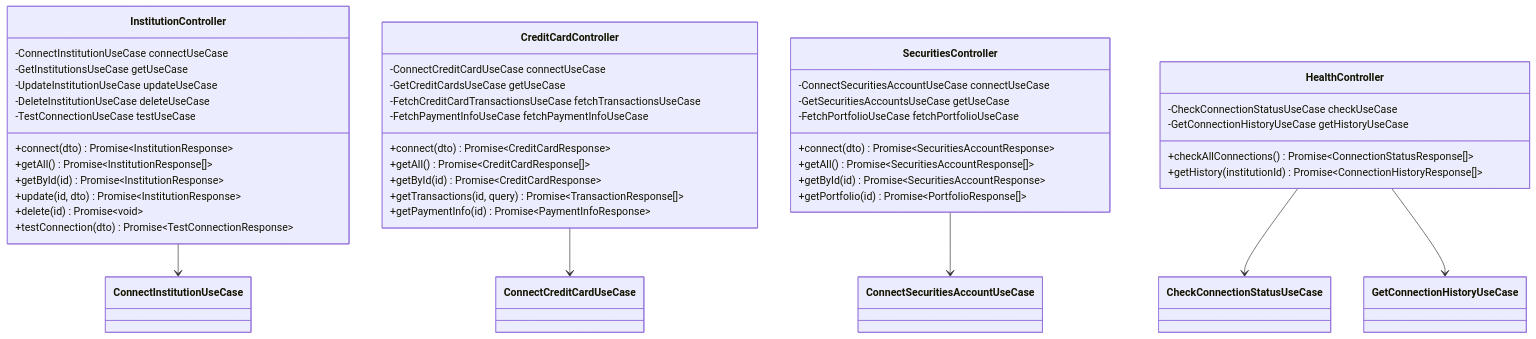
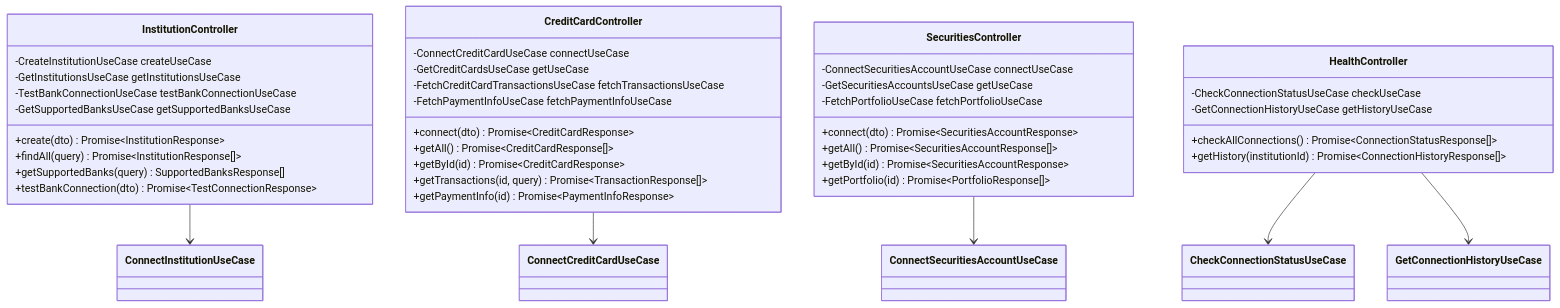
The eighth of 13 diagrams in docs/detailed-design/FR-001-005_institution-integration/class-diagrams.md (kencom2400/account-book), drawn with Mermaid before and after one commit. The commit also changed 2 other files, not shown here.

Commit message:
docs: Geminiレビュー第4弾の指摘を反映
【ドキュメントと実装の整合性確保 + 設計課題のIssue化】

## ドキュメント修正（3件）

1. batch-processing.md: 削除対象の抽出説明を修正
   - 「30日以前でユーザー確認済みまたは却下」→正確な期間を記載
   - ユーザー確認済み・アーカイブ: 30日
   - 却下: 7日

2. class-diagrams.md: InstitutionControllerを実装に合わせて修正
   - 未実装のメソッド（getById, update, delete）を削除
   - 実装済みのメソッド（create, findAll, getSupportedBanks, testBankConnection）に修正
   - 実装コード確認済み

3. sequence-diagrams.md: 利用明細取得期間を実装に合わせて修正
   - ドキュメント: 過去3ヶ月 → 実装: 過去6ヶ月
   - connect-credit-card.use-case.ts (line 119) で確認
   - ドキュメントを実装（6ヶ月）に統一

## Issue作成（2件 - 設計・実装の改善が必要）

4. Issue #214: エラーレスポンスdetailsフィールドの形式統一
   - system-architecture.md: 配列形式
   - input-output-design.md: 単一オブジェクト
   - → 配列形式に統一する必要あり（実装修正が必要）

5. Issue #215: NotificationServiceの呼び出し責務をApplication層に移動
   - 現状: Presentation層→NotificationService（Onion Architecture違反）
   - 推奨: イベント駆動アーキテクチャで疎結合化
   - → アーキテクチャ改善が必要（実装修正が必要）

````diff
--- a/docs/detailed-design/FR-001-005_institution-integration/class-diagrams.md
+++ b/docs/detailed-design/FR-001-005_institution-integration/class-diagrams.md
@@ -479,51 +479,48 @@
 ```mermaid
 classDiagram
     class InstitutionController {
-        -ConnectInstitutionUseCase connectUseCase
-        -GetInstitutionsUseCase getUseCase
-        -UpdateInstitutionUseCase updateUseCase
-        -DeleteInstitutionUseCase deleteUseCase
-        -TestConnectionUseCase testUseCase
-        +connect(dto) Promise~InstitutionResponse~
-        +getAll() Promise~InstitutionResponse[]~
-        +getById(id) Promise~InstitutionResponse~
-        +update(id, dto) Promise~InstitutionResponse~
-        +delete(id) Promise~void~
-        +testConnection(dto) Promise~TestConnectionResponse~
+        -CreateInstitutionUseCase createUseCase
+        -GetInstitutionsUseCase getInstitutionsUseCase
+        -TestBankConnectionUseCase testBankConnectionUseCase
+        -GetSupportedBanksUseCase getSupportedBanksUseCase
+        +create(dto) Promise~InstitutionResponse~
+        +findAll(query) Promise~InstitutionResponse[]~
+        +getSupportedBanks(query) SupportedBanksResponse[]
+        +testBankConnection(dto) Promise~TestConnectionResponse~
     }
 
     class CreditCardController {
         -ConnectCreditCardUseCase connectUseCase
         -GetCreditCardsUseCase getUseCase
         -FetchCreditCardTransactionsUseCase fetchTransactionsUseCase
         -FetchPaymentInfoUseCase fetchPaymentInfoUseCase
         +connect(dto) Promise~CreditCardResponse~
         +getAll() Promise~CreditCardResponse[]~
         +getById(id) Promise~CreditCardResponse~
         +getTransactions(id, query) Promise~TransactionResponse[]~
         +getPaymentInfo(id) Promise~PaymentInfoResponse~
     }
 
     class SecuritiesController {
         -ConnectSecuritiesAccountUseCase connectUseCase
         -GetSecuritiesAccountsUseCase getUseCase
         -FetchPortfolioUseCase fetchPortfolioUseCase
         +connect(dto) Promise~SecuritiesAccountResponse~
         +getAll() Promise~SecuritiesAccountResponse[]~
         +getById(id) Promise~SecuritiesAccountResponse~
         +getPortfolio(id) Promise~PortfolioResponse[]~
     }
 
     class HealthController {
         -CheckConnectionStatusUseCase checkUseCase
         -GetConnectionHistoryUseCase getHistoryUseCase
         +checkAllConnections() Promise~ConnectionStatusResponse[]~
         +getHistory(institutionId) Promise~ConnectionHistoryResponse[]~
     }
 
     InstitutionController --> ConnectInstitutionUseCase
     CreditCardController --> ConnectCreditCardUseCase
     SecuritiesController --> ConnectSecuritiesAccountUseCase
     HealthController --> CheckConnectionStatusUseCase
     HealthController --> GetConnectionHistoryUseCase
 ```
````
